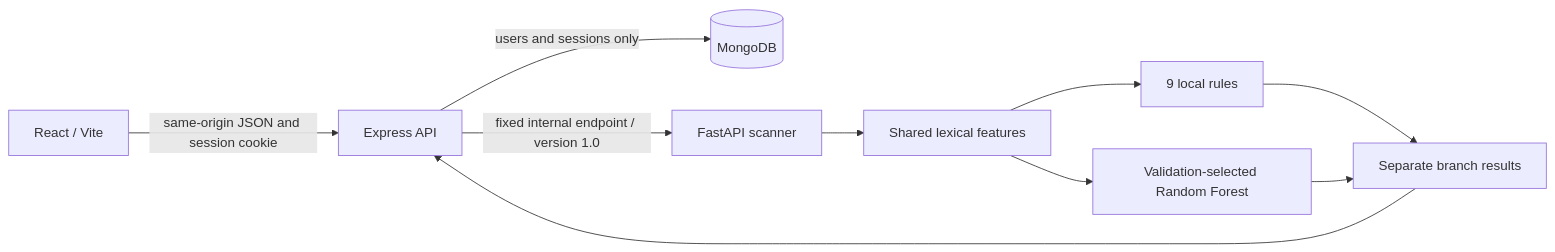
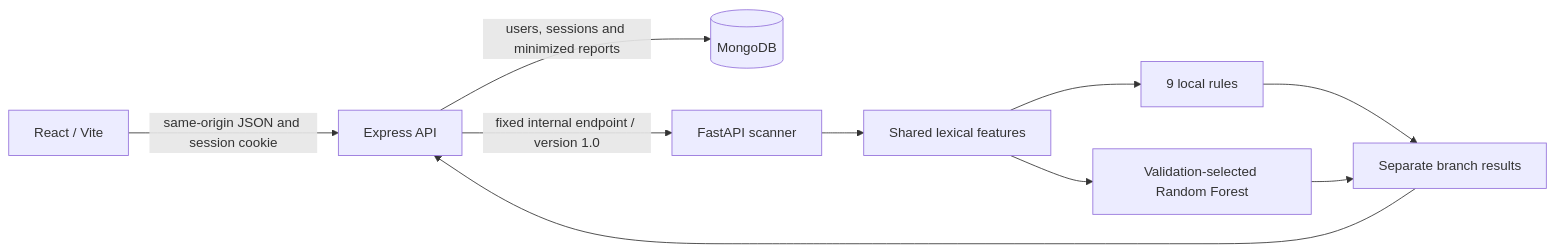
One commit to dolby17/PhishAI changed the diagram in docs/architecture.md. Above: the diagram before and after it, drawn with Mermaid. The commit also changed other lines of this file and 42 other files, not shown here.

````diff
--- a/docs/architecture.md
+++ b/docs/architecture.md
@@ -3,12 +3,12 @@
 ```mermaid
 flowchart LR
   Browser[React / Vite] -->|same-origin JSON and session cookie| API[Express API]
-  API -->|users and sessions only| DB[(MongoDB)]
+  API -->|users, sessions and minimized reports| DB[(MongoDB)]
   API -->|fixed internal endpoint / version 1.0| AI[FastAPI scanner]
   AI --> Features[Shared lexical features]
   Features --> Rules[9 local rules]
   Features --> Model[Validation-selected Random Forest]
   Rules --> Response[Separate branch results]
   Model --> Response
   Response --> API
 ```
````
